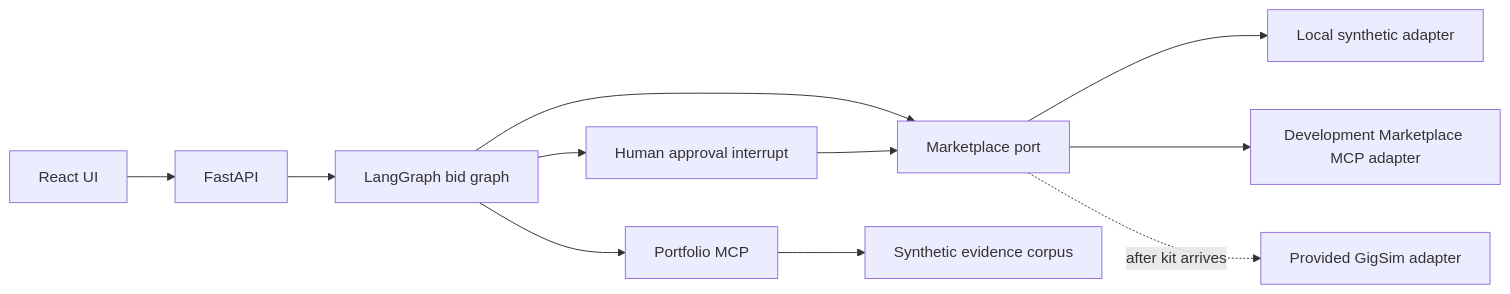
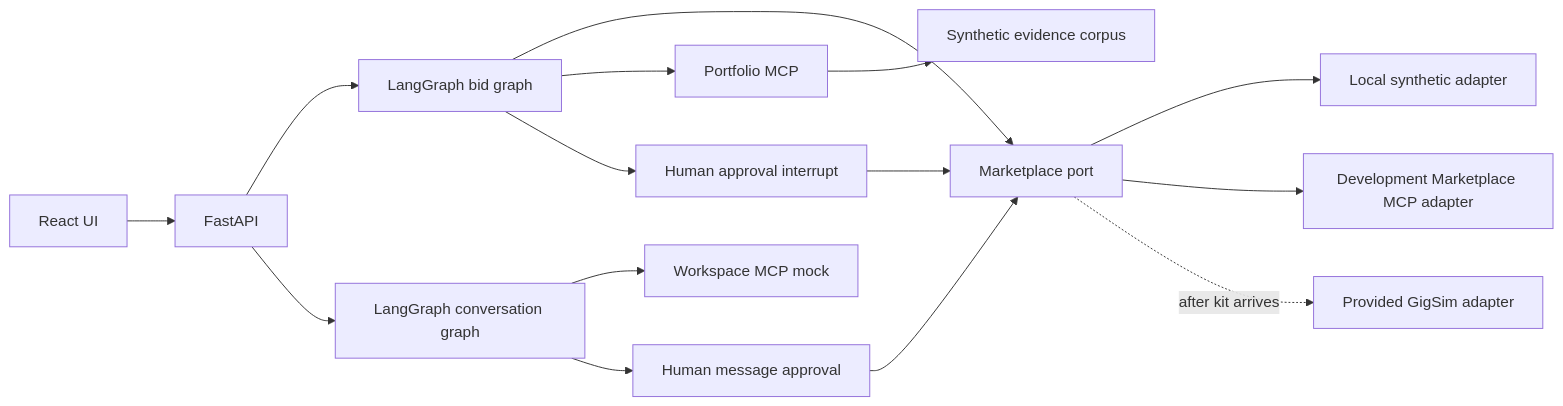
One commit to FazalZamanKhan/gigbid changed the diagram in docs/ARCHITECTURE.md. Above: the diagram before and after it, drawn with Mermaid. The commit also changed other lines of this file and 19 other files, not shown here.

Commit message:
Add synthetic conversation approval and Workspace MCP mock

````diff
--- a/docs/ARCHITECTURE.md
+++ b/docs/ARCHITECTURE.md
@@ -3,13 +3,17 @@
 ```mermaid
 flowchart LR
     Web[React UI] --> API[FastAPI]
     API --> Bid[LangGraph bid graph]
     Bid --> Port[Marketplace port]
     Port --> Demo[Local synthetic adapter]
     Port --> MarketplaceMCP[Development Marketplace MCP adapter]
     Port -. after kit arrives .-> GigSim[Provided GigSim adapter]
     Bid --> Portfolio[Portfolio MCP]
     Portfolio --> Retrieval[Synthetic evidence corpus]
     Bid --> Gate[Human approval interrupt]
     Gate --> Port
+    API --> Conversation[LangGraph conversation graph]
+    Conversation --> Workspace[Workspace MCP mock]
+    Conversation --> MessageGate[Human message approval]
+    MessageGate --> Port
 ```
````
